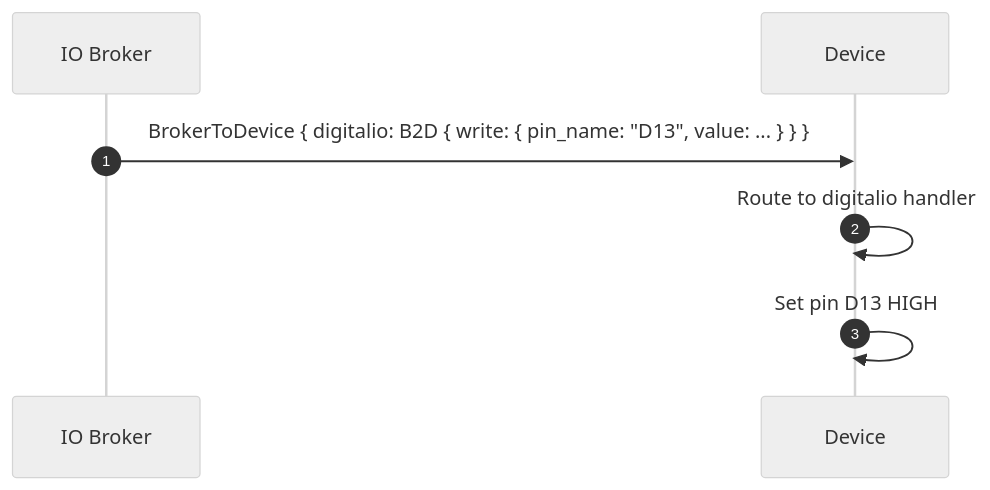
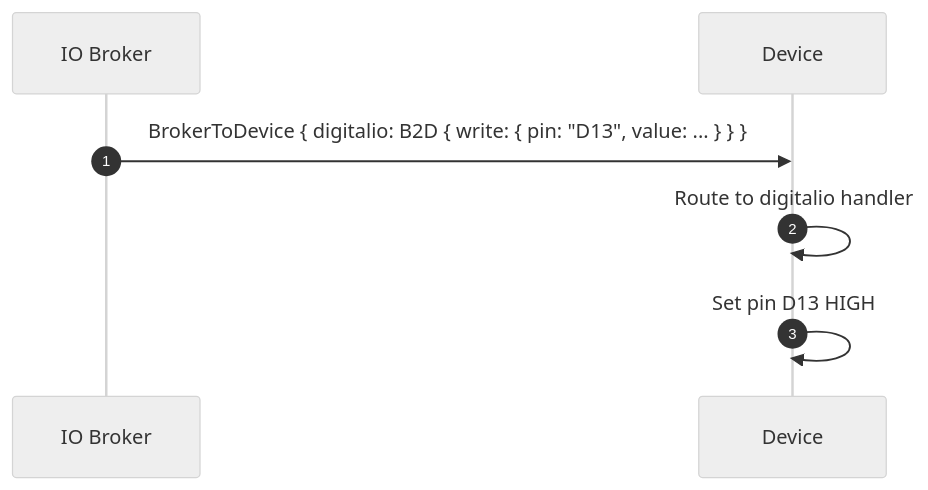
Before and after one commit to adafruit/Wippersnapper_Protobuf: the second of 2 diagrams in proto/wippersnapper/docs/signal.md, drawn with Mermaid (neutral theme). The commit also changed 10 other files, not shown here.

Commit message:
rename pin_name to pin everywhere

````diff
--- a/proto/wippersnapper/docs/signal.md
+++ b/proto/wippersnapper/docs/signal.md
@@ -101,8 +101,8 @@
 ```mermaid
 sequenceDiagram
 autonumber
 
-IO Broker->>Device: BrokerToDevice { digitalio: B2D { write: { pin_name: "D13", value: ... } } }
+IO Broker->>Device: BrokerToDevice { digitalio: B2D { write: { pin: "D13", value: ... } } }
 Device->>Device: Route to digitalio handler
 Device->>Device: Set pin D13 HIGH
 ```
````
